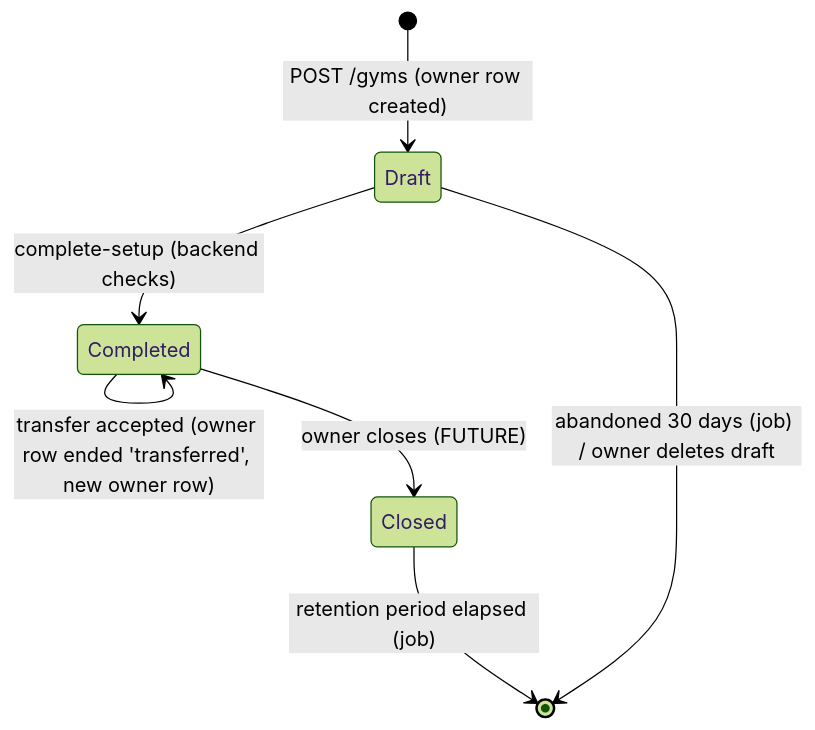
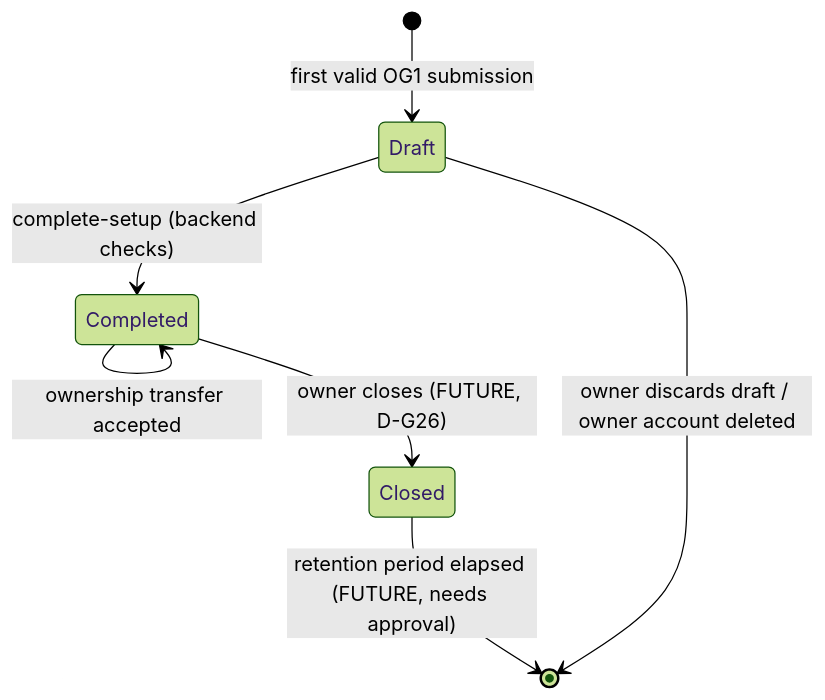
One commit to EugeniBykovski/simplefit-api changed the third of 3 diagrams in docs/architecture/proposals/SF-82-gym/03-registration-workspace-lifecycle.md. Above: the diagram before and after it, drawn with Mermaid (forest theme). The commit also changed other lines of this file and 13 other files, not shown here.

````diff
--- a/docs/architecture/proposals/SF-82-gym/03-registration-workspace-lifecycle.md
+++ b/docs/architecture/proposals/SF-82-gym/03-registration-workspace-lifecycle.md
@@ -112,9 +140,9 @@
 ```mermaid
 stateDiagram-v2
-  [*] --> Draft: POST /gyms (owner row created)
+  [*] --> Draft: first valid OG1 submission
   Draft --> Completed: complete-setup (backend checks)
-  Draft --> [*]: abandoned 30 days (job) / owner deletes draft
-  Completed --> Completed: transfer accepted (owner row ended 'transferred', new owner row)
-  Completed --> Closed: owner closes (FUTURE)
-  Closed --> [*]: retention period elapsed (job)
+  Draft --> [*]: owner discards draft / owner account deleted
+  Completed --> Completed: ownership transfer accepted
+  Completed --> Closed: owner closes (FUTURE, D-G26)
+  Closed --> [*]: retention period elapsed (FUTURE, needs approval)
 ```
````
